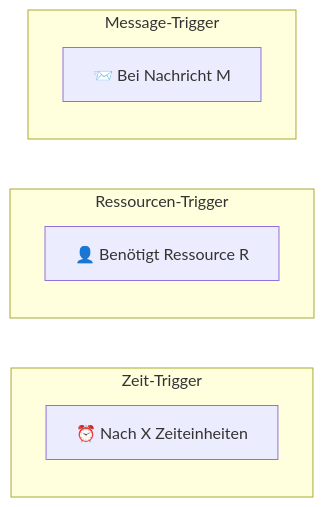
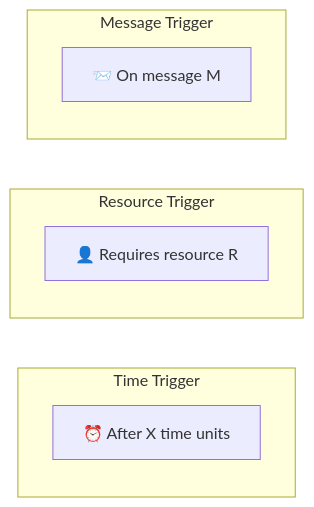
Before and after one commit to woped/woped-next: the second of 4 diagrams in docs/migration/11-triggers-resources.md, drawn with Mermaid. The commit also changed other lines of this file and 24 other files, not shown here.

````diff
--- a/docs/migration/11-triggers-resources.md
+++ b/docs/migration/11-triggers-resources.md
@@ -58,14 +58,14 @@
 ```mermaid
 graph LR
-    subgraph Zeit-Trigger
-        T_TIME["⏰ Nach X Zeiteinheiten"]
+    subgraph Time Trigger
+        T_TIME["⏰ After X time units"]
     end
     
-    subgraph Ressourcen-Trigger
-        T_RES["👤 Benötigt Ressource R"]
+    subgraph Resource Trigger
+        T_RES["👤 Requires resource R"]
     end
     
-    subgraph Message-Trigger
-        T_MSG["📨 Bei Nachricht M"]
+    subgraph Message Trigger
+        T_MSG["📨 On message M"]
     end
 ```
````
